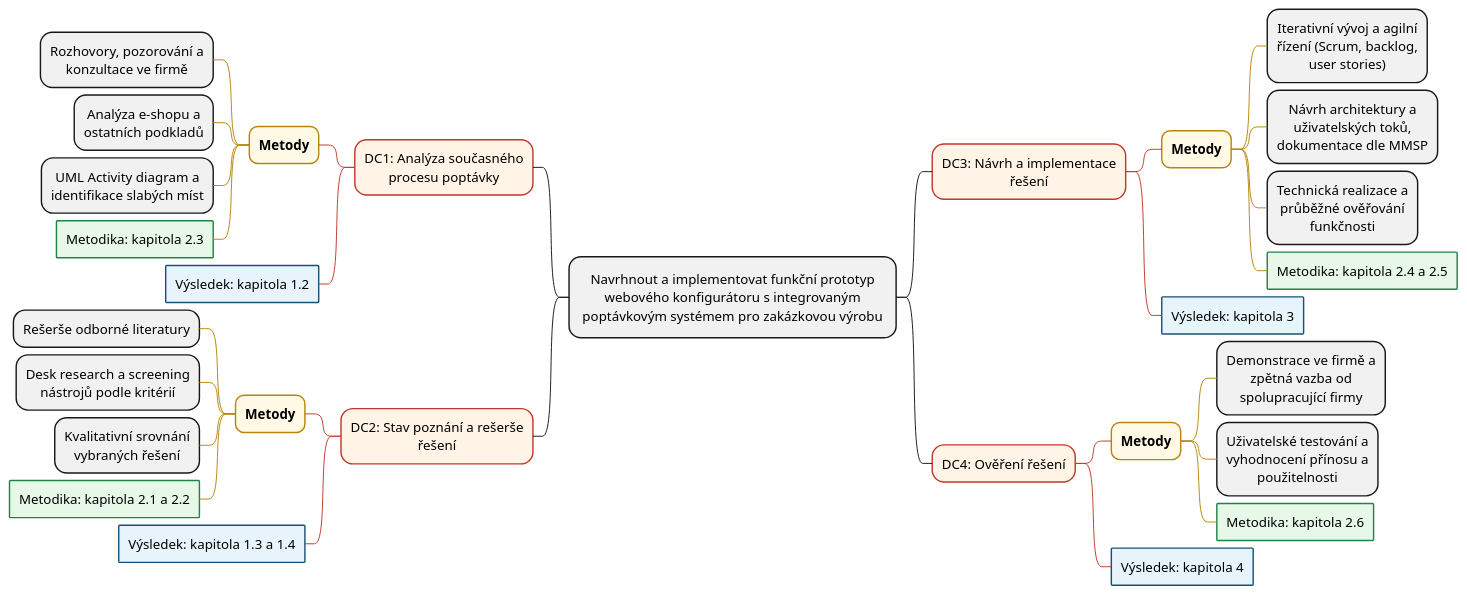
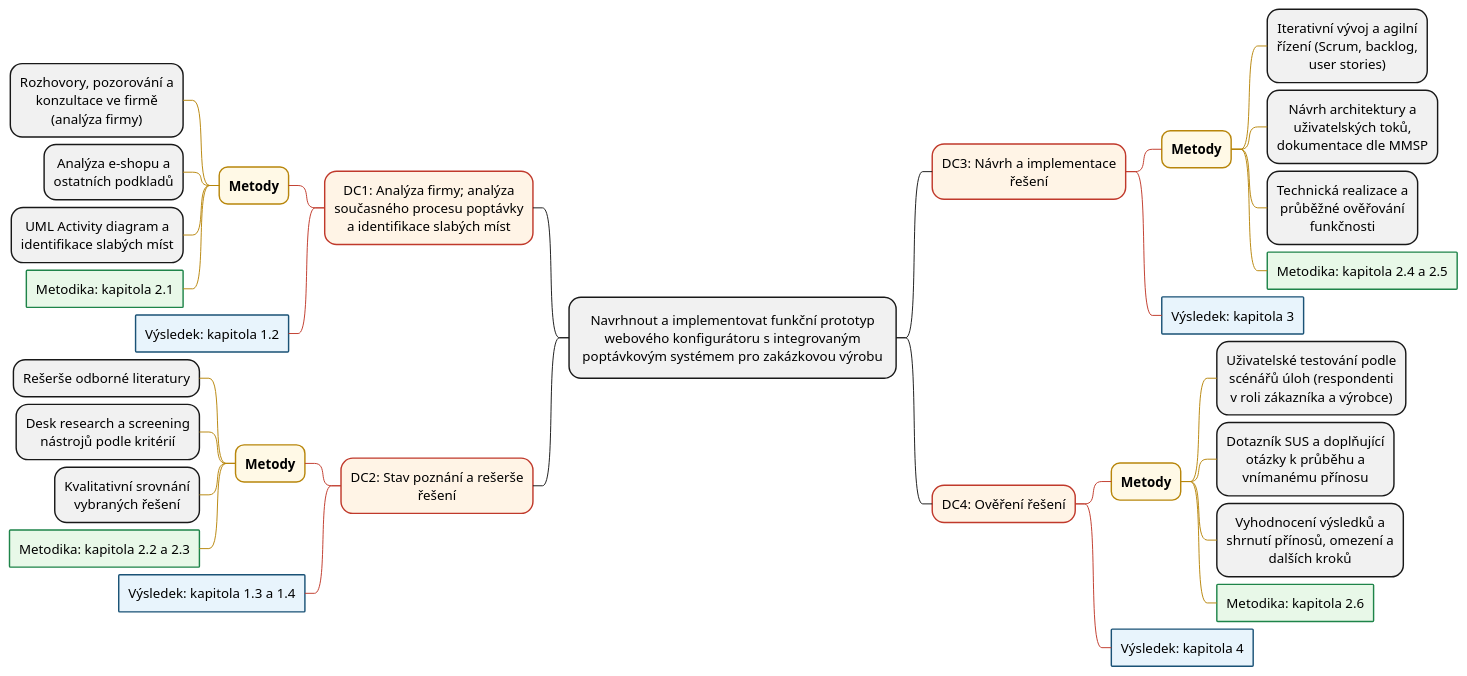
One commit to vokounovaeliska/product-configurator changed the diagram in docs/diagrams/metodika-dc-mindmap.puml. Above: the diagram before and after it, drawn with PlantUML. The commit also changed 184 other files, not shown here.

```diff
--- a/docs/diagrams/metodika-dc-mindmap.puml
+++ b/docs/diagrams/metodika-dc-mindmap.puml
@@ -4,87 +4,88 @@
 @startmindmap
 
 ' Orientace: DC3 a DC4 vpravo od kořene, DC1 a DC2 vlevo (syntax PlantUML: nejdřív pravá strana, pak řádek „left side“, pak levá strana).
 left to right direction
 
 ' Zalamování a úzké uzly: výška obrázku roste, šířka klesá (viz dokumentace MindMap Word Wrap).
 <style>
 node {
   MaximumWidth 200
   Padding 10
   Margin 4
   HorizontalAlignment center
 }
 rootNode {
   MaximumWidth 320
   Padding 14
 }
 leafNode {
   MaximumWidth 180
 }
 arrow {
   LineThickness 1
 }
 </style>
 <style>
 mindmapDiagram {
   .dc {
     BackgroundColor #FFF4E6
     LineColor #C0392B
   }
   .vystup {
     BackgroundColor #E8F4FC
     LineColor #1A5276
     RoundCorner 2
   }
   .metody {
     BackgroundColor #FFF9E6
     LineColor #B8860B
     RoundCorner 18
     FontStyle bold
   }
   .metodika {
     BackgroundColor #E8F8E8
     LineColor #1E8449
     RoundCorner 2
   }
 }
 </style>
 
 * Navrhnout a implementovat funkční prototyp webového konfigurátoru s integrovaným poptávkovým systémem pro zakázkovou výrobu
 
 ' Pravá strana (v souboru uvedeno první): DC3, DC4
 ** DC3: Návrh a implementace řešení <<dc>>
 *** Metody <<metody>>
 **** Iterativní vývoj a agilní řízení (Scrum, backlog, user stories)
 **** Návrh architektury a uživatelských toků, dokumentace dle MMSP
 **** Technická realizace a průběžné ověřování funkčnosti
 **** Metodika: kapitola 2.4 a 2.5 <<metodika>>
 *** Výsledek: kapitola 3 <<vystup>>
 
 ** DC4: Ověření řešení <<dc>>
 *** Metody <<metody>>
-**** Demonstrace ve firmě a zpětná vazba od spolupracující firmy
-**** Uživatelské testování a vyhodnocení přínosu a použitelnosti
+**** Uživatelské testování podle scénářů úloh (respondenti v roli zákazníka a výrobce)
+**** Dotazník SUS a doplňující otázky k průběhu a vnímanému přínosu
+**** Vyhodnocení výsledků a shrnutí přínosů, omezení a dalších kroků
 **** Metodika: kapitola 2.6 <<metodika>>
 *** Výsledek: kapitola 4 <<vystup>>
 
 left side
 
 ' Levá strana: DC1, DC2
-** DC1: Analýza současného procesu poptávky <<dc>>
+** DC1: Analýza firmy; analýza současného procesu poptávky a identifikace slabých míst <<dc>>
 *** Metody <<metody>>
-**** Rozhovory, pozorování a konzultace ve firmě
+**** Rozhovory, pozorování a konzultace ve firmě (analýza firmy)
 **** Analýza e-shopu a ostatních podkladů
 **** UML Activity diagram a identifikace slabých míst
-**** Metodika: kapitola 2.3 <<metodika>>
+**** Metodika: kapitola 2.1 <<metodika>>
 *** Výsledek: kapitola 1.2 <<vystup>>
 
 ** DC2: Stav poznání a rešerše řešení <<dc>>
 *** Metody <<metody>>
 **** Rešerše odborné literatury
 **** Desk research a screening nástrojů podle kritérií
 **** Kvalitativní srovnání vybraných řešení
-**** Metodika: kapitola 2.1 a 2.2 <<metodika>>
+**** Metodika: kapitola 2.2 a 2.3 <<metodika>>
 *** Výsledek: kapitola 1.3 a 1.4 <<vystup>>
 
 @endmindmap
```
